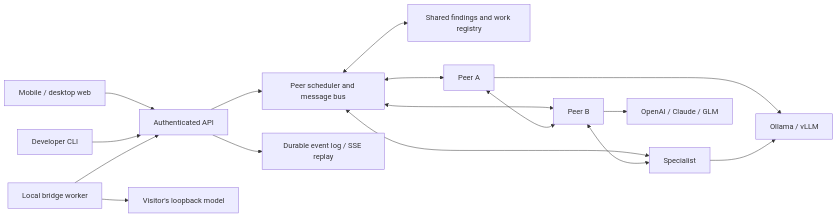
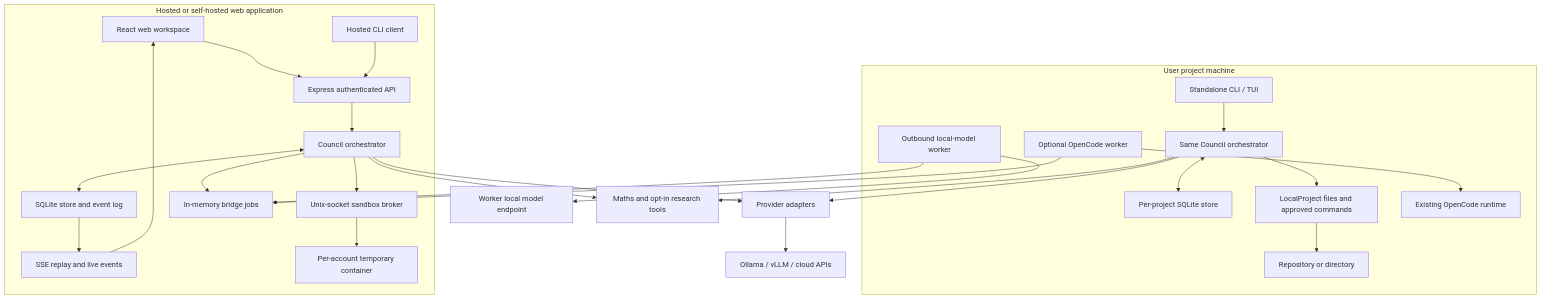
The first of 3 diagrams in docs/ARCHITECTURE.md (Docrohit/councilofAI), drawn with Mermaid before and after one commit. The commit also changed other lines of this file and 11 other files, not shown here.

Commit message:
Improve answer readability with maths and code rendering; document architecture

````diff
--- a/docs/ARCHITECTURE.md
+++ b/docs/ARCHITECTURE.md
@@ -7,18 +70,29 @@
 ```mermaid
-flowchart LR
-  Web[Mobile / desktop web] --> API[Authenticated API]
-  CLI[Developer CLI] --> API
-  API --> Scheduler[Peer scheduler and message bus]
-  Scheduler <--> Board[Shared findings and work registry]
-  Scheduler <--> A[Peer A]
-  Scheduler <--> B[Peer B]
-  Scheduler <--> C[Specialist]
-  A <--> B
-  B <--> C
-  A --> Local[Ollama / vLLM]
-  B --> Cloud[OpenAI / Claude / GLM]
-  C --> Local
-  API --> Events[Durable event log / SSE replay]
-  Worker[Local bridge worker] --> API
-  Worker --> VisitorModel[Visitor's loopback model]
+flowchart TB
+  subgraph Hosted[Hosted or self-hosted web application]
+    UI[React web workspace] --> API[Express authenticated API]
+    HC[Hosted CLI client] --> API
+    API --> HE[Council orchestrator]
+    HE <--> HS[SQLite store and event log]
+    HS --> SSE[SSE replay and live events]
+    SSE --> UI
+    HE --> SB[Unix-socket sandbox broker]
+    SB --> BOX[Per-account temporary container]
+    HE --> BQ[In-memory bridge jobs]
+  end
+  subgraph Native[User project machine]
+    TUI[Standalone CLI / TUI] --> NE[Same Council orchestrator]
+    NE <--> NS[Per-project SQLite store]
+    NE --> LP[LocalProject files and approved commands]
+    LP --> DIR[Repository or directory]
+    BW[Outbound local-model worker] --> BQ
+    OW[Optional OpenCode worker] --> BQ
+    OW --> OC[Existing OpenCode runtime]
+  end
+  HE --> AD[Provider adapters]
+  NE --> AD
+  AD --> MODELS[Ollama / vLLM / cloud APIs]
+  BW --> LOCAL[Worker local model endpoint]
+  HE --> RT[Maths and opt-in research tools]
+  NE --> RT
 ```
````
